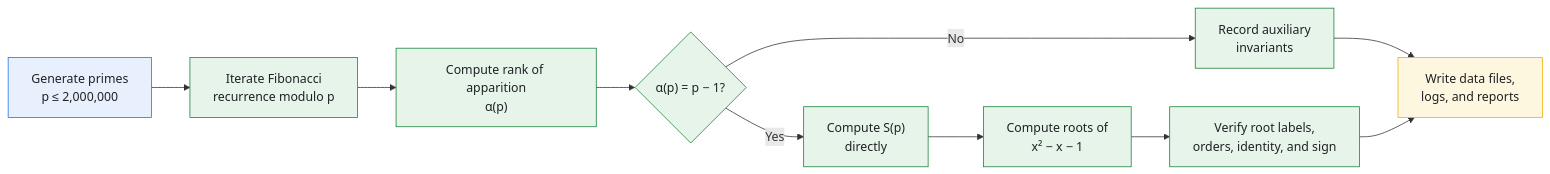
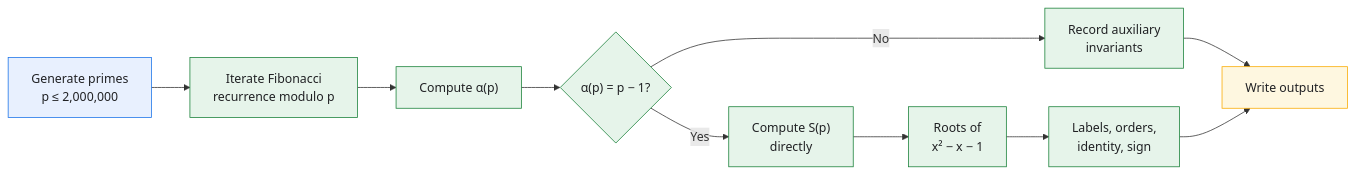
One commit to Majid-Ghandali/fibonacci-character-sum-full-rank changed the second of 2 diagrams in README.md. Above: the diagram before and after it, drawn with Mermaid. The commit also changed other lines of this file, not shown here.

````diff
--- a/README.md
+++ b/README.md
@@ -184,24 +222,24 @@
 ```mermaid
 flowchart LR
     A["Generate primes<br/>p ≤ 2,000,000"]
     B["Iterate Fibonacci<br/>recurrence modulo p"]
-    C["Compute rank of apparition<br/>α(p)"]
+    C["Compute α(p)"]
     D{"α(p) = p − 1?"}
     E["Record auxiliary<br/>invariants"]
     F["Compute S(p)<br/>directly"]
-    G["Compute roots of<br/>x² − x − 1"]
-    H["Verify root labels,<br/>orders, identity, and sign"]
-    I["Write data files,<br/>logs, and reports"]
+    G["Roots of<br/>x² − x − 1"]
+    H["Labels, orders,<br/>identity, sign"]
+    I["Write outputs"]
 
     A --> B --> C --> D
     D -- No --> E --> I
     D -- Yes --> F --> G --> H --> I
 
     classDef input fill:#E8F0FE,stroke:#1A73E8,color:#202124;
     classDef process fill:#E6F4EA,stroke:#188038,color:#202124;
     classDef output fill:#FEF7E0,stroke:#F9AB00,color:#202124;
 
     class A input;
     class B,C,D,E,F,G,H process;
     class I output;
 ```
````
